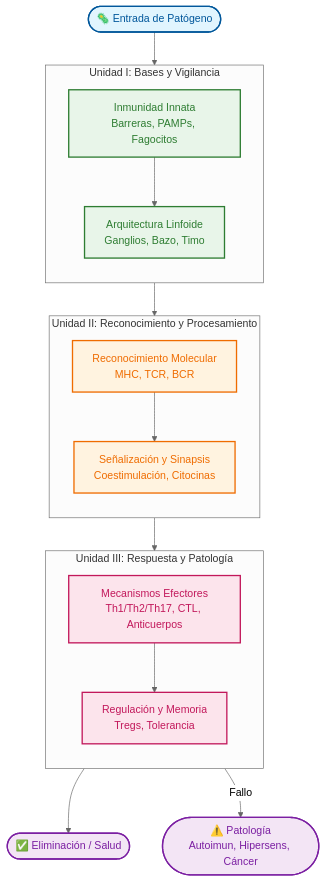
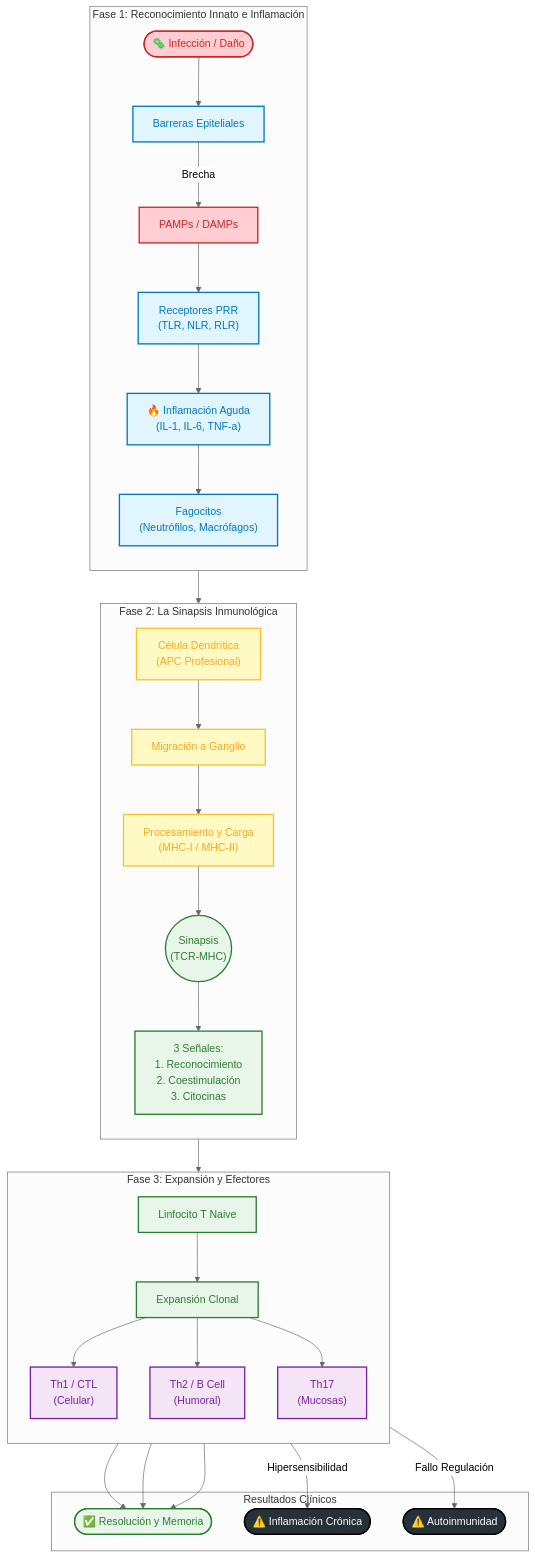
One commit to SrFuego/srfuego.github.io changed the first of 4 diagrams in content/Microbiologia/00_Microbiologia_Inmunologia_MOC.md. Above: the diagram before and after it, drawn with Mermaid (neutral theme). The commit also changed other lines of this file, not shown here.

````diff
--- a/content/Microbiologia/00_Microbiologia_Inmunologia_MOC.md
+++ b/content/Microbiologia/00_Microbiologia_Inmunologia_MOC.md
@@ -25,44 +25,83 @@
 ```mermaid
 graph TD
-    %% Estilos "Nature-like"
-    classDef input fill:#e1f5fe,stroke:#01579b,stroke-width:2px,color:#01579b;
-    classDef unit1 fill:#e8f5e9,stroke:#2e7d32,stroke-width:2px,color:#2e7d32;
-    classDef unit2 fill:#fff3e0,stroke:#ef6c00,stroke-width:2px,color:#ef6c00;
-    classDef unit3 fill:#fce4ec,stroke:#c2185b,stroke-width:2px,color:#c2185b;
-    classDef outcome fill:#f3e5f5,stroke:#7b1fa2,stroke-width:2px,color:#7b1fa2;
+    %% --- ESTILOS (Nature-like Palette) ---
+    classDef pathogen fill:#ffcdd2,stroke:#c62828,stroke-width:2px,color:#c62828;
+    classDef innate fill:#e1f5fe,stroke:#0277bd,stroke-width:2px,color:#0277bd;
+    classDef apc fill:#fff9c4,stroke:#fbc02d,stroke-width:2px,color:#f9a825;
+    classDef adaptive fill:#e8f5e9,stroke:#2e7d32,stroke-width:2px,color:#2e7d32;
+    classDef effector fill:#f3e5f5,stroke:#7b1fa2,stroke-width:2px,color:#7b1fa2;
+    classDef pathology fill:#263238,stroke:#000000,stroke-width:2px,color:#ffffff;
 
-    Input([🦠 Entrada de Patógeno]):::input --> U1_Innata
-    
-    subgraph U1 [Unidad I: Bases y Vigilancia]
+    %% --- FASE 1: INNATA (0-96h) [UNIDAD I] ---
+    subgraph Phase1 [Fase 1: Reconocimiento Innato e Inflamación]
         direction TB
-        U1_Innata[Inmunidad Innata\nBarreras, PAMPs, Fagocitos]:::unit1
-        U1_Anatomia[Arquitectura Linfoide\nGanglios, Bazo, Timo]:::unit1
-        U1_Innata --> U1_Anatomia
+        Pathogen(["🦠 Infección / Daño"]):::pathogen
+        Barriers["Barreras Epiteliales"]:::innate
+        PAMPs["PAMPs / DAMPs"]:::pathogen
+        PRRs["Receptores PRR<br/>(TLR, NLR, RLR)"]:::innate
+        Inflammation["🔥 Inflamación Aguda<br/>(IL-1, IL-6, TNF-a)"]:::innate
+        Phagocytes["Fagocitos<br/>(Neutrófilos, Macrófagos)"]:::innate
+        
+        Pathogen --> Barriers
+        Barriers -- Brecha --> PAMPs
+        PAMPs --> PRRs
+        PRRs --> Inflammation
+        Inflammation --> Phagocytes
     end
 
-    U1_Anatomia --> U2_Reconocimiento
+    %% --- PUENTE: PRESENTACIÓN (Unidad II) ---
+    subgraph Phase2 [Fase 2: La Sinapsis Inmunológica]
+        direction TB
+        DC["Célula Dendrítica<br/>(APC Profesional)"]:::apc
+        Migration["Migración a Ganglio"]:::apc
+        MHC["Procesamiento y Carga<br/>(MHC-I / MHC-II)"]:::apc
+        Synapse(("Sinapsis<br/>(TCR-MHC)")):::adaptive
+        Signals["3 Señales:<br/>1. Reconocimiento<br/>2. Coestimulación<br/>3. Citocinas"]:::adaptive
 
-    subgraph U2 [Unidad II: Reconocimiento y Procesamiento]
-        direction TB
-        U2_Reconocimiento[Reconocimiento Molecular\nMHC, TCR, BCR]:::unit2
-        U2_Senal[Señalización y Sinapsis\nCoestimulación, Citocinas]:::unit2
-        U2_Reconocimiento --> U2_Senal
+        Phagocytes --> DC
+        DC --> Migration
+        Migration --> MHC
+        MHC --> Synapse
+        Synapse --> Signals
     end
 
-    U2_Senal --> U3_Efector
-
-    subgraph U3 [Unidad III: Respuesta y Patología]
+    %% --- FASE 3: ADAPTATIVA (Unidad III) ---
+    subgraph Phase3 [Fase 3: Expansión y Efectores]
         direction TB
-        U3_Efector[Mecanismos Efectores\nTh1/Th2/Th17, CTL, Anticuerpos]:::unit3
-        U3_Regulacion[Regulación y Memoria\nTregs, Tolerancia]:::unit3
-        U3_Efector --> U3_Regulacion
+        NaiveT["Linfocito T Naive"]:::adaptive
+        ClonalExp["Expansión Clonal"]:::adaptive
+        
+        %% Ramas Efectoras
+        Th1["Th1 / CTL<br/>(Celular)"]:::effector
+        Th2["Th2 / B Cell<br/>(Humoral)"]:::effector
+        Th17["Th17<br/>(Mucosas)"]:::effector
+        
+        Signals --> NaiveT
+        NaiveT --> ClonalExp
+        ClonalExp --> Th1
+        ClonalExp --> Th2
+        ClonalExp --> Th17
     end
 
-    U3_Regulacion --> Outcome_Salud([✅ Eliminación / Salud]):::outcome
-    U3_Regulacion -- Fallo --> Outcome_Enfermedad([⚠️ Patología\nAutoimun, Hipersens, Cáncer]):::outcome
+    %% --- OUTCOMES ---
+    subgraph Outcomes [Resultados Clínicos]
+        Resolution(["✅ Resolución y Memoria"]):::adaptive
+        Chronic(["⚠️ Inflamación Crónica"]):::pathology
+        Autoimmunity(["⚠️ Autoinmunidad"]):::pathology
+        
+        Th1 --> Resolution
+        Th2 --> Resolution
+        Th17 --> Resolution
+        
+        Th1 -- Fallo Regulación --> Autoimmunity
+        Th2 -- Hipersensibilidad --> Chronic
+    end
 
-    %% Enlaces a MOCs
-    click U1 "Unidad I/00_Unidad_I_MOC.md" "Ir a Unidad I"
-    click U2 "Unidad II/00_Unidad_II_MOC.md" "Ir a Unidad II"
-    click U3 "Unidad III/00_Unidad_III_MOC.md" "Ir a Unidad III"
+    %% --- LINKS ---
+    click Phase1 "Unidad I/00_Unidad_I_MOC.md"
+    click Phase2 "Unidad II/00_Unidad_II_MOC.md"
+    click Phase3 "Unidad III/00_Unidad_III_MOC.md"
+    click MHC "Unidad II/16_MHC_Complejo_Mayor_Histocompatibilidad.md"
+    click Synapse "Unidad II/19_Reconocimiento_TCR.md"
+    click Inflammation "Unidad I/03_Inmunidad_Innata.md"
 ```
````
